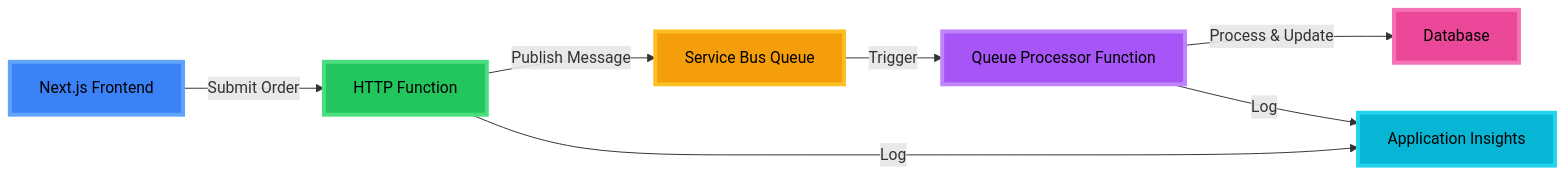
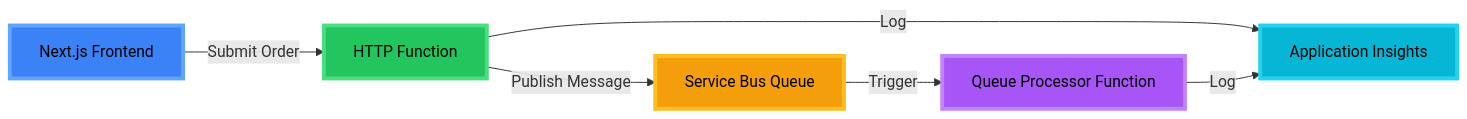
The first of 2 diagrams in presentation/phase1/slides.md (tatasadi/event-driven-order-processing-system), drawn with Mermaid before and after one commit. The commit also changed other lines of this file and 12 other files, not shown here.

````diff
--- a/presentation/phase1/slides.md
+++ b/presentation/phase1/slides.md
@@ -206,16 +204,14 @@
 ```mermaid {theme: 'dark', scale: 0.6}
 graph LR
     A[Next.js Frontend] -->|Submit Order| B[HTTP Function]
     B -->|Publish Message| C[Service Bus Queue]
     C -->|Trigger| D[Queue Processor Function]
-    D -->|Process & Update| E[Database]
     B -->|Log| F[Application Insights]
     D -->|Log| F
 
     style A fill:#3b82f6,stroke:#60a5fa,stroke-width:4px,color:#000
     style B fill:#22c55e,stroke:#4ade80,stroke-width:4px,color:#000
     style C fill:#f59e0b,stroke:#fbbf24,stroke-width:4px,color:#000
     style D fill:#a855f7,stroke:#c084fc,stroke-width:4px,color:#000
-    style E fill:#ec4899,stroke:#f472b6,stroke-width:4px,color:#000
     style F fill:#06b6d4,stroke:#22d3ee,stroke-width:4px,color:#000
 ```
````
